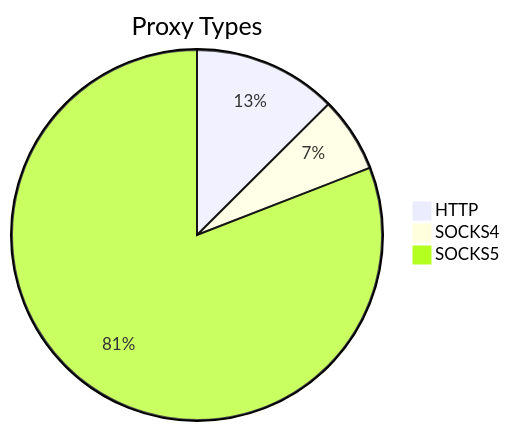
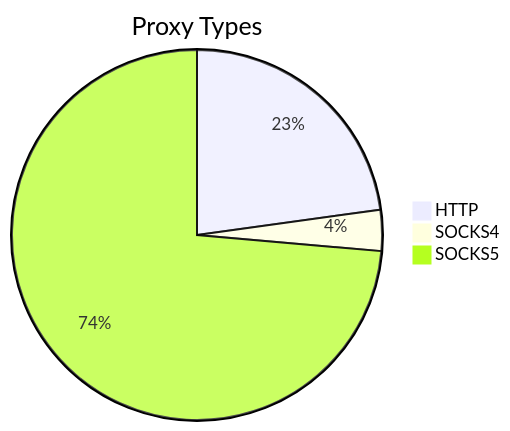
One commit to stormsia/proxy-list changed the first of 2 diagrams in README.md. Above: the diagram before and after it, drawn with Mermaid. The commit also changed other lines of this file, not shown here.

````diff
--- a/README.md
+++ b/README.md
@@ -21,6 +21,6 @@
 ```mermaid
 pie title Proxy Types
-    "HTTP" : 128
-    "SOCKS4" : 67
-    "SOCKS5" : 826
+    "HTTP" : 115
+    "SOCKS4" : 18
+    "SOCKS5" : 371
 ```
````
